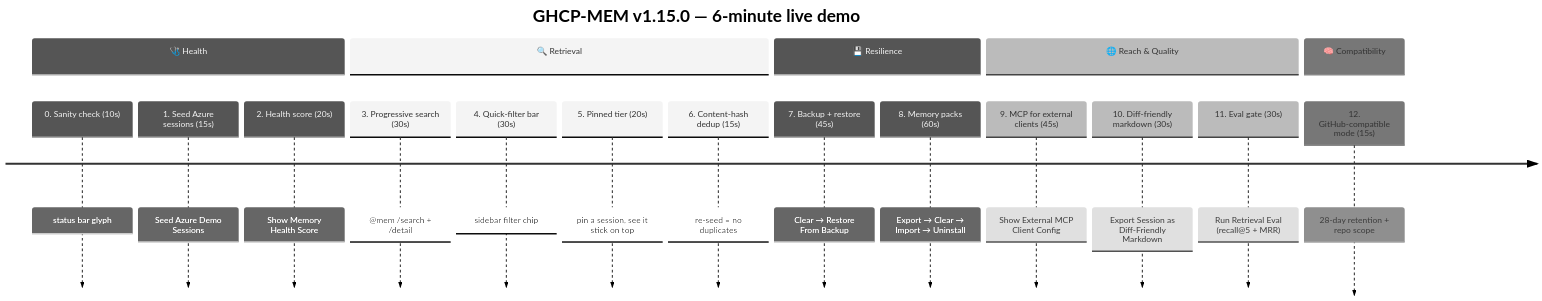
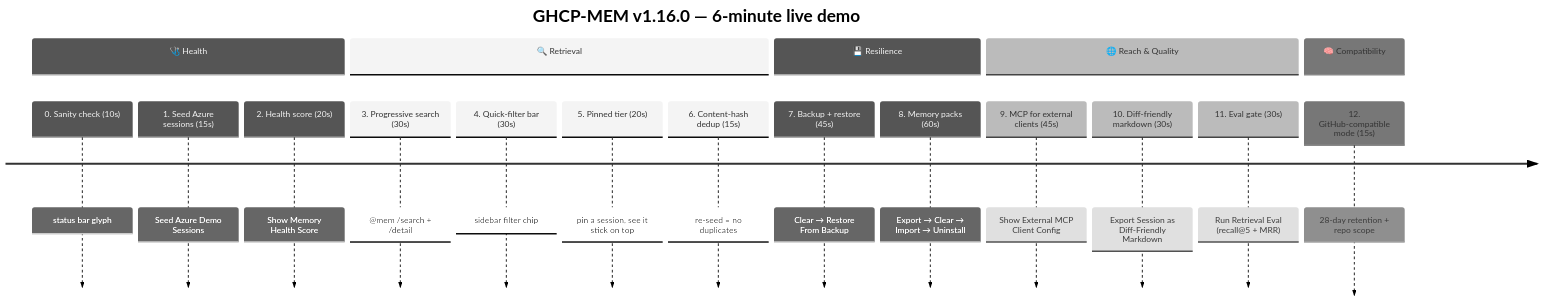
One commit to ITcredibl/ghcp-mem changed the first of 5 diagrams in docs/DEMO.md. Above: the diagram before and after it, drawn with Mermaid (neutral theme). The commit also changed other lines of this file and 11 other files, not shown here.

````diff
--- a/docs/DEMO.md
+++ b/docs/DEMO.md
@@ -20,22 +20,22 @@
 ```mermaid
 timeline
-    title GHCP-MEM v1.15.0 — 6-minute live demo
+    title GHCP-MEM v1.16.0 — 6-minute live demo
     section 🩺 Health
         0. Sanity check (10s)              : status bar glyph
         1. Seed Azure sessions (15s)       : Seed Azure Demo Sessions
         2. Health score (20s)              : Show Memory Health Score
     section 🔍 Retrieval
         3. Progressive search (30s)        : @mem /search + /detail
         4. Quick-filter bar (30s)          : sidebar filter chip
         5. Pinned tier (20s)               : pin a session, see it stick on top
         6. Content-hash dedup (15s)        : re-seed = no duplicates
     section 💾 Resilience
         7. Backup + restore (45s)          : Clear → Restore From Backup
         8. Memory packs (60s)              : Export → Clear → Import → Uninstall
     section 🌐 Reach & Quality
         9. MCP for external clients (45s)  : Show External MCP Client Config
         10. Diff-friendly markdown (30s)   : Export Session as Diff-Friendly Markdown
         11. Eval gate (30s)                : Run Retrieval Eval (recall@5 + MRR)
     section 🧠 Compatibility
         12. GitHub-compatible mode (15s)   : 28-day retention + repo scope
 ```
````
